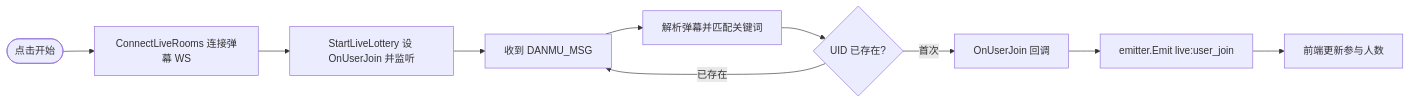
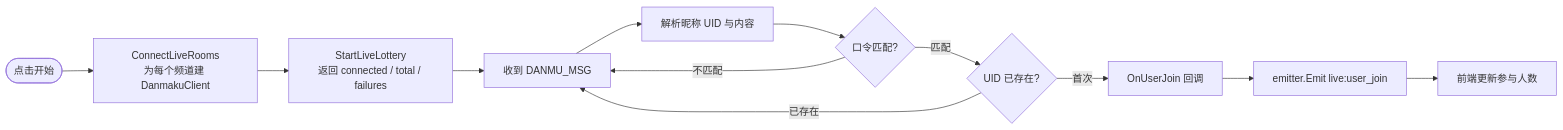
One commit to aDarkMaker/BiliLuckyDraw changed the first of 7 diagrams in docs/architecture/data-flow.md. Above: the diagram before and after it, drawn with Mermaid. The commit also changed other lines of this file and 30 other files, not shown here.

````diff
--- a/docs/architecture/data-flow.md
+++ b/docs/architecture/data-flow.md
@@ -5,12 +5,14 @@
 ```mermaid
 flowchart LR
-    Start([点击开始]) --> Connect[ConnectLiveRooms 连接弹幕 WS]
-    Connect --> Listen[StartLiveLottery 设 OnUserJoin 并监听]
+    Start([点击开始]) --> Connect["ConnectLiveRooms<br/>为每个频道建 DanmakuClient"]
+    Connect --> Listen["StartLiveLottery<br/>返回 connected / total / failures"]
     Listen --> Danmaku[收到 DANMU_MSG]
-    Danmaku --> Parse[解析弹幕并匹配关键词]
-    Parse --> Dedup{UID 已存在?}
+    Danmaku --> Parse[解析昵称 UID 与内容]
+    Parse --> Match{口令匹配?}
+    Match -->|不匹配| Danmaku
+    Match -->|匹配| Dedup{UID 已存在?}
     Dedup -->|首次| Join[OnUserJoin 回调]
     Dedup -->|已存在| Danmaku
     Join --> Emit["emitter.Emit live:user_join"]
     Emit --> Front[前端更新参与人数]
 ```
````
